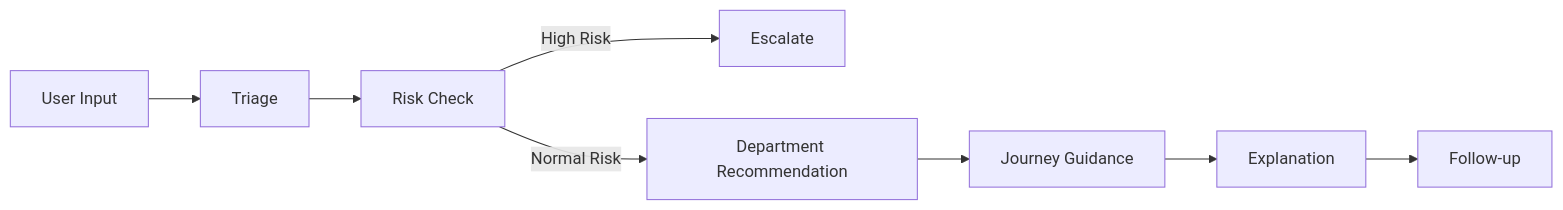
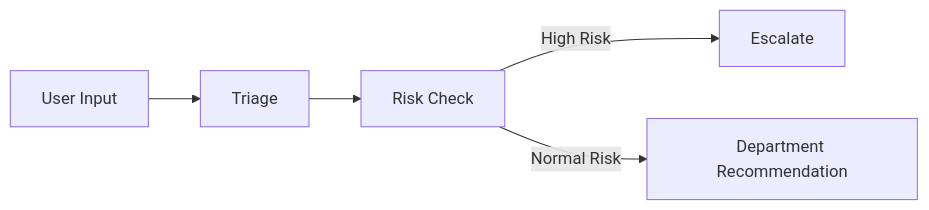
The seventh of 7 diagrams in docs/vinmec_main_flow.md (imdhiep/Lab5_C401_A4), drawn with Mermaid before and after one commit. The commit also changed other lines of this file and 1 other file, not shown here.

````diff
--- a/docs/vinmec_main_flow.md
+++ b/docs/vinmec_main_flow.md
@@ -152,10 +152,7 @@
 ```mermaid
 flowchart LR
     U[User Input] --> T[Triage]
     T --> R[Risk Check]
     R -->|High Risk| E[Escalate]
     R -->|Normal Risk| D[Department Recommendation]
-    D --> J[Journey Guidance]
-    J --> X[Explanation]
-    X --> F[Follow-up]
 ```
````
